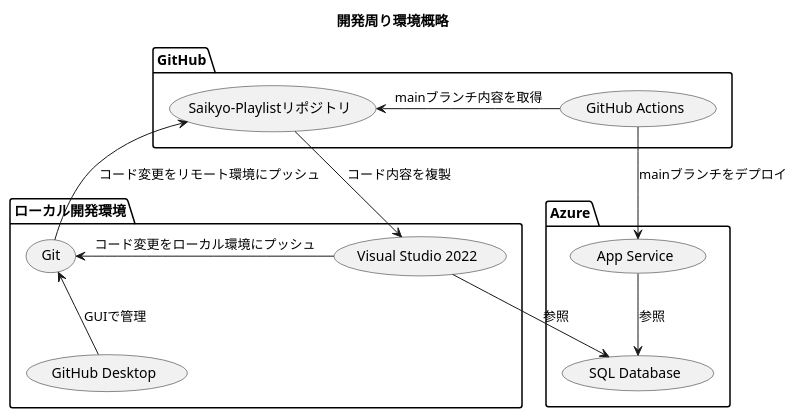
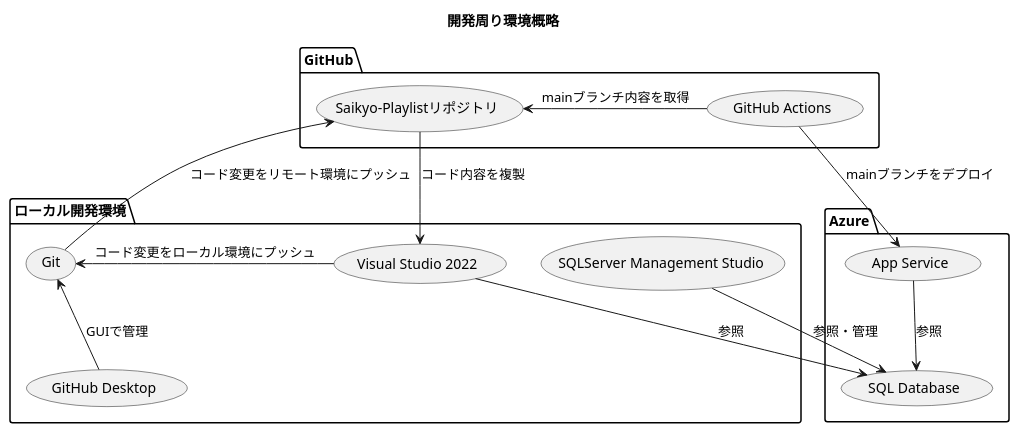
One commit to ktakahiro150397/saikyo-playlist changed the diagram in docs/DevOverView.pu. Above: the diagram before and after it, drawn with PlantUML. The commit also changed 2 other files, not shown here.

```diff
--- a/docs/DevOverView.pu
+++ b/docs/DevOverView.pu
@@ -1,33 +1,36 @@
 @startuml "開発周り"
 
 title "開発周り環境概略"
 
 
 package ローカル開発環境 {
     (Visual Studio 2022) as vs2022
     (Git) as git
     (GitHub Desktop) as githubdesktop
+    (SQLServer Management Studio) as SSMS
 }
 
 package Azure {
     (SQL Database) as DB
     (App Service) as appservice
 }
 
 package GitHub {
     (Saikyo-Playlistリポジトリ) as remote
     (GitHub Actions) as githubActions
 }
 
 githubdesktop -up-> git : GUIで管理
 vs2022 -> git : コード変更をローカル環境にプッシュ
 git --> remote : コード変更をリモート環境にプッシュ
 remote --> vs2022 : コード内容を複製
 
+
 githubActions -> remote : mainブランチ内容を取得
 githubActions --> appservice : mainブランチをデプロイ
 
 vs2022 --> DB : 参照
+SSMS --> DB : 参照・管理 
 appservice --> DB : 参照
 
 @enduml
```
